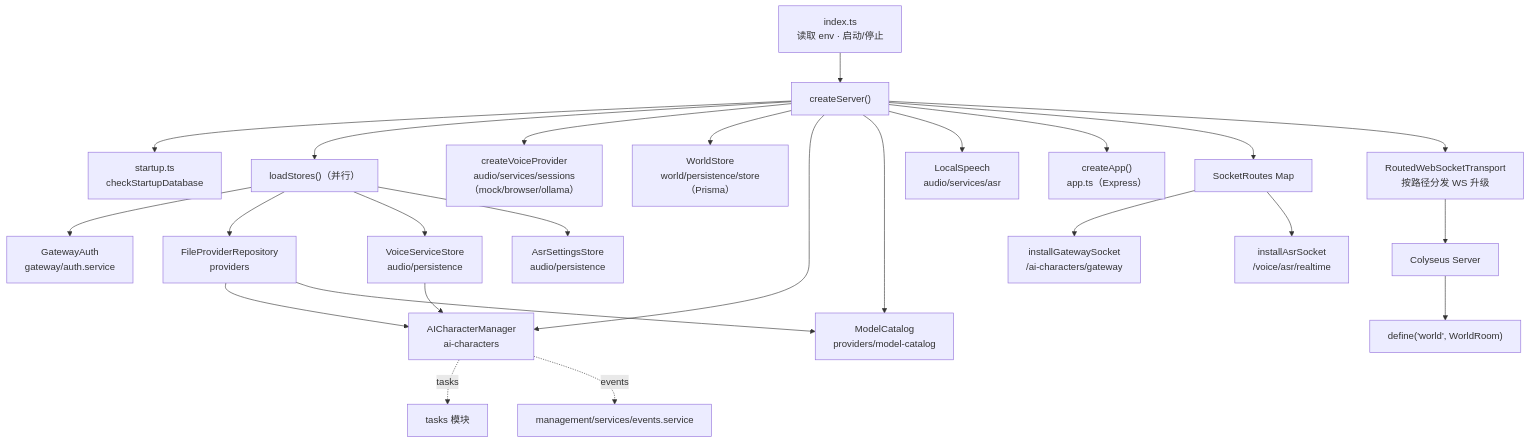
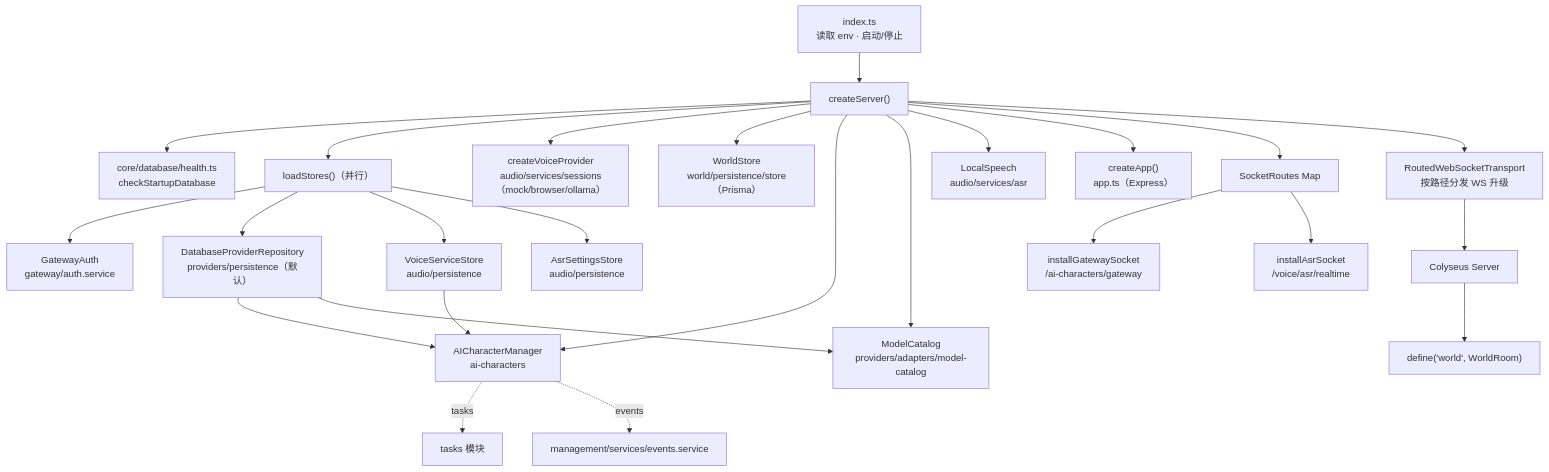
The fourth of 14 diagrams in docs/guide/architecture-diagrams.md (lulabs-org/embocraft), drawn with Mermaid before and after one commit. The commit also changed other lines of this file and 4 other files, not shown here.

````diff
--- a/docs/guide/architecture-diagrams.md
+++ b/docs/guide/architecture-diagrams.md
@@ -87,32 +87,32 @@
 ```mermaid
 graph TD
     Index["index.ts<br/>读取 env · 启动/停止"] --> Create["createServer()"]
 
-    Create --> Startup["startup.ts<br/>checkStartupDatabase"]
+    Create --> Startup["core/database/health.ts<br/>checkStartupDatabase"]
     Create --> Stores["loadStores()（并行）"]
     Stores --> GA["GatewayAuth<br/>gateway/auth.service"]
-    Stores --> PS["FileProviderRepository<br/>providers"]
+    Stores --> PS["DatabaseProviderRepository<br/>providers/persistence（默认）"]
     Stores --> VS["VoiceServiceStore<br/>audio/persistence"]
     Stores --> AS["AsrSettingsStore<br/>audio/persistence"]
 
     Create --> VP["createVoiceProvider<br/>audio/services/sessions（mock/browser/ollama）"]
     Create --> WS["WorldStore<br/>world/persistence/store（Prisma）"]
     Create --> ACM["AICharacterManager<br/>ai-characters"]
-    Create --> MC["ModelCatalog<br/>providers/model-catalog"]
+    Create --> MC["ModelCatalog<br/>providers/adapters/model-catalog"]
     Create --> LS["LocalSpeech<br/>audio/services/asr"]
 
     Create --> App["createApp()<br/>app.ts（Express）"]
     Create --> Sockets["SocketRoutes Map"]
     Sockets --> GWS["installGatewaySocket<br/>/ai-characters/gateway"]
     Sockets --> ASRS["installAsrSocket<br/>/voice/asr/realtime"]
 
     Create --> Transport["RoutedWebSocketTransport<br/>按路径分发 WS 升级"]
     Transport --> Colyseus["Colyseus Server"]
     Colyseus --> Room["define('world', WorldRoom)"]
 
     ACM -.->|tasks| Tasks["tasks 模块"]
     ACM -.->|events| Events["management/services/events.service"]
     PS --> ACM
     VS --> ACM
     PS --> MC
 ```
````
